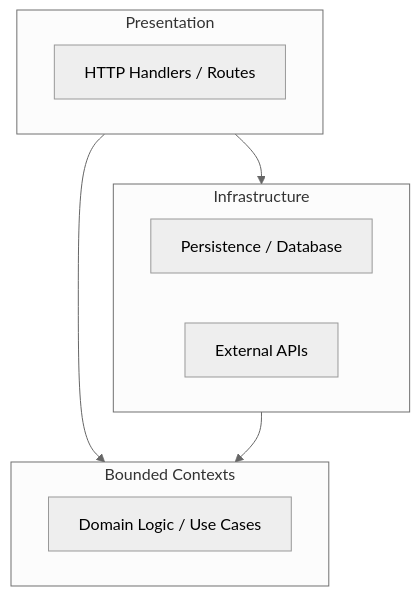
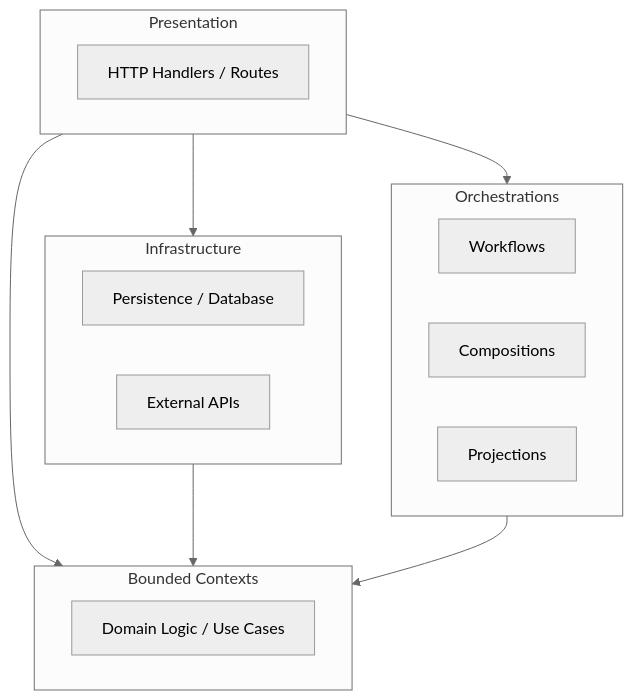
Before and after one commit to Cosmneo/onion-lasagna: the diagram in apps/docs/contents/docs/index.mdx, drawn with Mermaid (neutral theme). The commit also changed 1 other file, not shown here.

Commit message:
docs: restore Orchestrations layer documentation
The Orchestrations layer (Compositions, Workflows, Projections) is a
fully supported pattern in the starters, even though the todo app
example doesn't use it.

- Restore Orchestrations to architecture diagram in index.mdx
- Add Orchestrations entry back to Layers section in glossary.mdx
- Add dedicated Orchestration Types section with definitions

````diff
--- a/apps/docs/contents/docs/index.mdx
+++ b/apps/docs/contents/docs/index.mdx
@@ -13,19 +13,27 @@
 ```mermaid
 graph TD
     subgraph Presentation
         HTTP[HTTP Handlers / Routes]
     end
 
     subgraph Infrastructure
         DB[Persistence / Database]
         External[External APIs]
     end
 
+    subgraph Orchestrations
+        Workflow[Workflows]
+        Composition[Compositions]
+        Projection[Projections]
+    end
+
     subgraph BC[Bounded Contexts]
         Domain[Domain Logic / Use Cases]
     end
 
     Presentation --> Infrastructure
+    Presentation --> Orchestrations
     Presentation --> BC
     Infrastructure --> BC
+    Orchestrations --> BC
 ```
````
